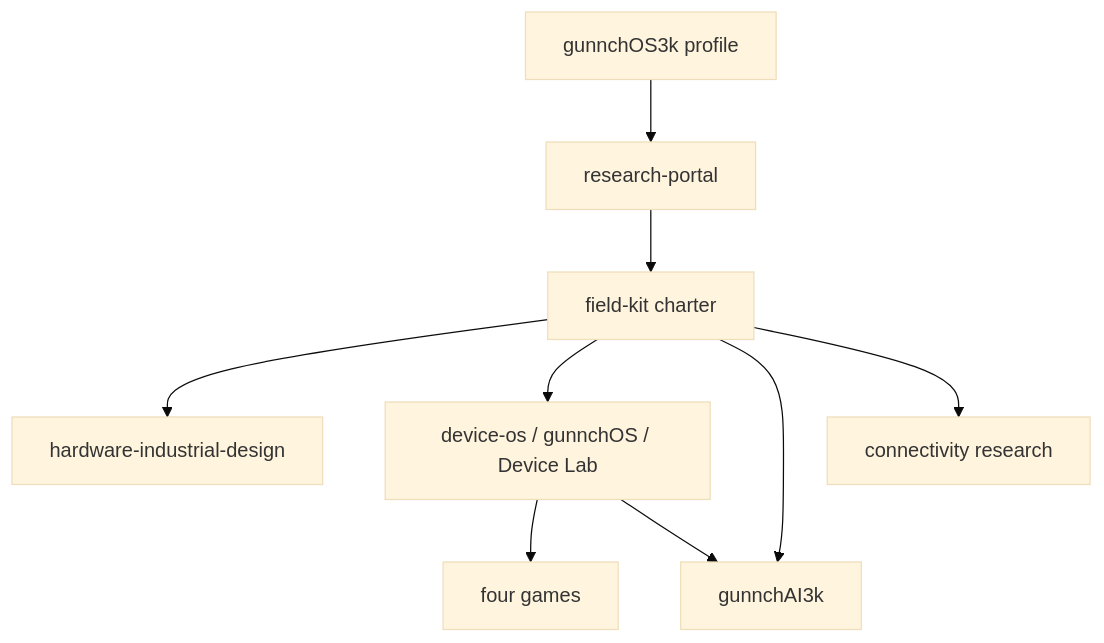
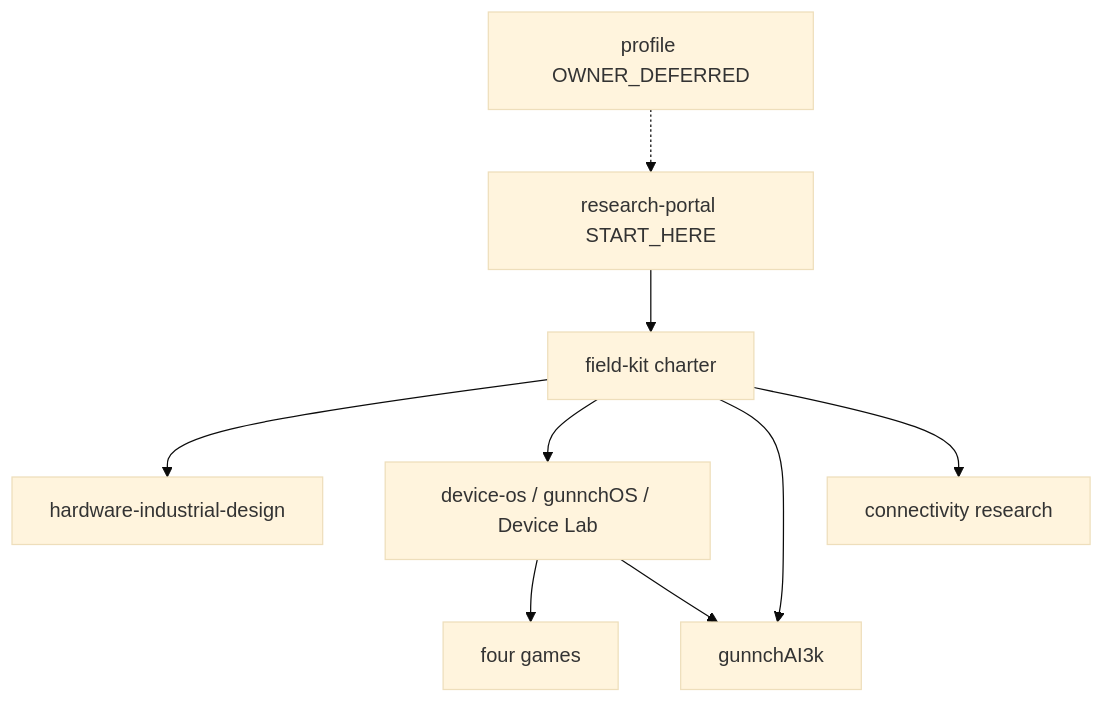
The diagram in artifacts/wp012/REPO_CATALOG.md (gunnchOS3k/gunnchos-7gc-ai-ran-field-kit), drawn with Mermaid (base theme) before and after one commit. The commit also changed 7 other files, not shown here.

First line of the commit message:
WP-012: DIGITAL_WORK_PENDING + OWNER_DEFERRED register fix

````diff
--- a/artifacts/wp012/REPO_CATALOG.md
+++ b/artifacts/wp012/REPO_CATALOG.md
@@ -35,19 +35,19 @@
 ```mermaid
 flowchart TB
-  profile[gunnchOS3k profile]
-  portal[research-portal]
+  portal[research-portal START_HERE]
   field[field-kit charter]
   hw[hardware-industrial-design]
   os[device-os / gunnchOS / Device Lab]
   ai[gunnchAI3k]
   games[four games]
   conn[connectivity research]
-  profile --> portal
+  profileDeferred[profile OWNER_DEFERRED]
   portal --> field
   field --> hw
   field --> os
   field --> ai
   os --> games
   os --> ai
   field --> conn
+  profileDeferred -.-> portal
 ```
````
